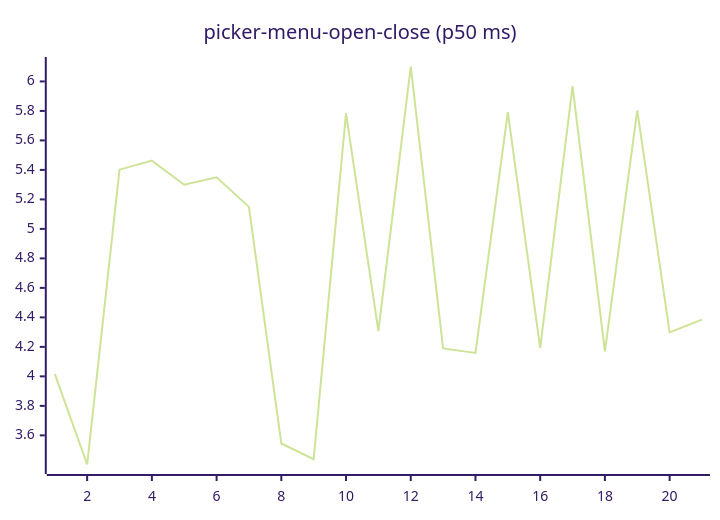
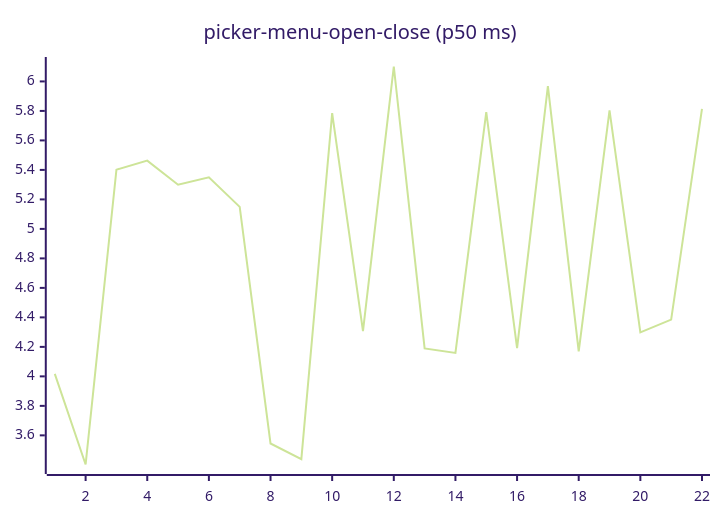
One commit to josha/Facet changed diagram 16 of 27 in README.md. Above: the diagram before and after it, drawn with Mermaid (forest theme). The commit also changed other lines of this file and 2 other files, not shown here.

````diff
--- a/README.md
+++ b/README.md
@@ -168,6 +168,6 @@
 ```mermaid
 xychart-beta
     title "picker-menu-open-close (p50 ms)"
-    x-axis 1 --> 21
-    line [4.0174, 3.4024, 5.4017, 5.4631, 5.2994, 5.3502, 5.1493, 3.5447, 3.4388, 5.7846, 4.3066, 6.1012, 4.1897, 4.1591, 5.7919, 4.1912, 5.9674, 4.1698, 5.8037, 4.2981, 4.3851]
+    x-axis 1 --> 22
+    line [4.0174, 3.4024, 5.4017, 5.4631, 5.2994, 5.3502, 5.1493, 3.5447, 3.4388, 5.7846, 4.3066, 6.1012, 4.1897, 4.1591, 5.7919, 4.1912, 5.9674, 4.1698, 5.8037, 4.2981, 4.3851, 5.8139]
 ```
````
